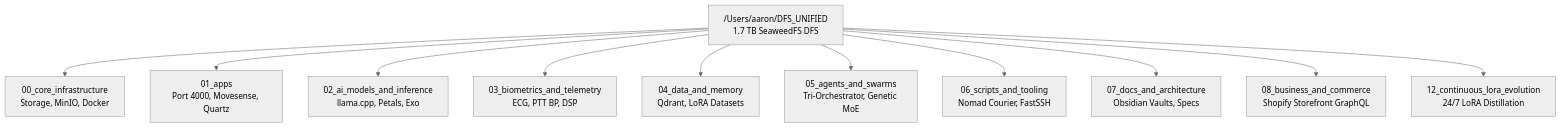
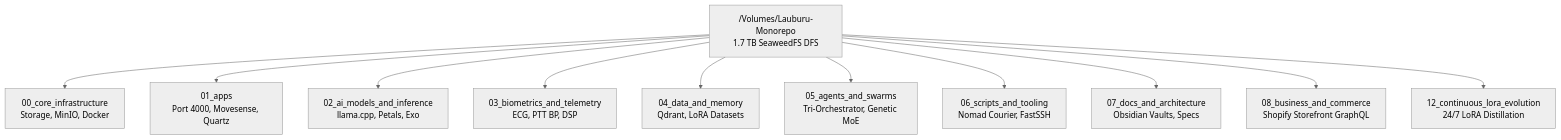
Before and after one commit to aarontmaher/Lauburu-Monorepo: the diagram in obsidian_vault/LAUBURU_MONOREPO_DEEP_ARCHITECTURE_INDEX.md, drawn with Mermaid (neutral theme). The commit also changed other lines of this file and 7991 other files, not shown here.

````diff
--- a/obsidian_vault/LAUBURU_MONOREPO_DEEP_ARCHITECTURE_INDEX.md
+++ b/obsidian_vault/LAUBURU_MONOREPO_DEEP_ARCHITECTURE_INDEX.md
@@ -49,13 +49,13 @@
 ```mermaid
 graph TD
-    Root["/Users/aaron/DFS_UNIFIED<br/>1.7 TB SeaweedFS DFS"] --> P0["00_core_infrastructure<br/>Storage, MinIO, Docker"]
+    Root["/Volumes/Lauburu-Monorepo<br/>1.7 TB SeaweedFS DFS"] --> P0["00_core_infrastructure<br/>Storage, MinIO, Docker"]
     Root --> P1["01_apps<br/>Port 4000, Movesense, Quartz"]
     Root --> P2["02_ai_models_and_inference<br/>llama.cpp, Petals, Exo"]
     Root --> P3["03_biometrics_and_telemetry<br/>ECG, PTT BP, DSP"]
     Root --> P4["04_data_and_memory<br/>Qdrant, LoRA Datasets"]
     Root --> P5["05_agents_and_swarms<br/>Tri-Orchestrator, Genetic MoE"]
     Root --> P6["06_scripts_and_tooling<br/>Nomad Courier, FastSSH"]
     Root --> P7["07_docs_and_architecture<br/>Obsidian Vaults, Specs"]
     Root --> P8["08_business_and_commerce<br/>Shopify Storefront GraphQL"]
     Root --> P12["12_continuous_lora_evolution<br/>24/7 LoRA Distillation"]
 ```
````
